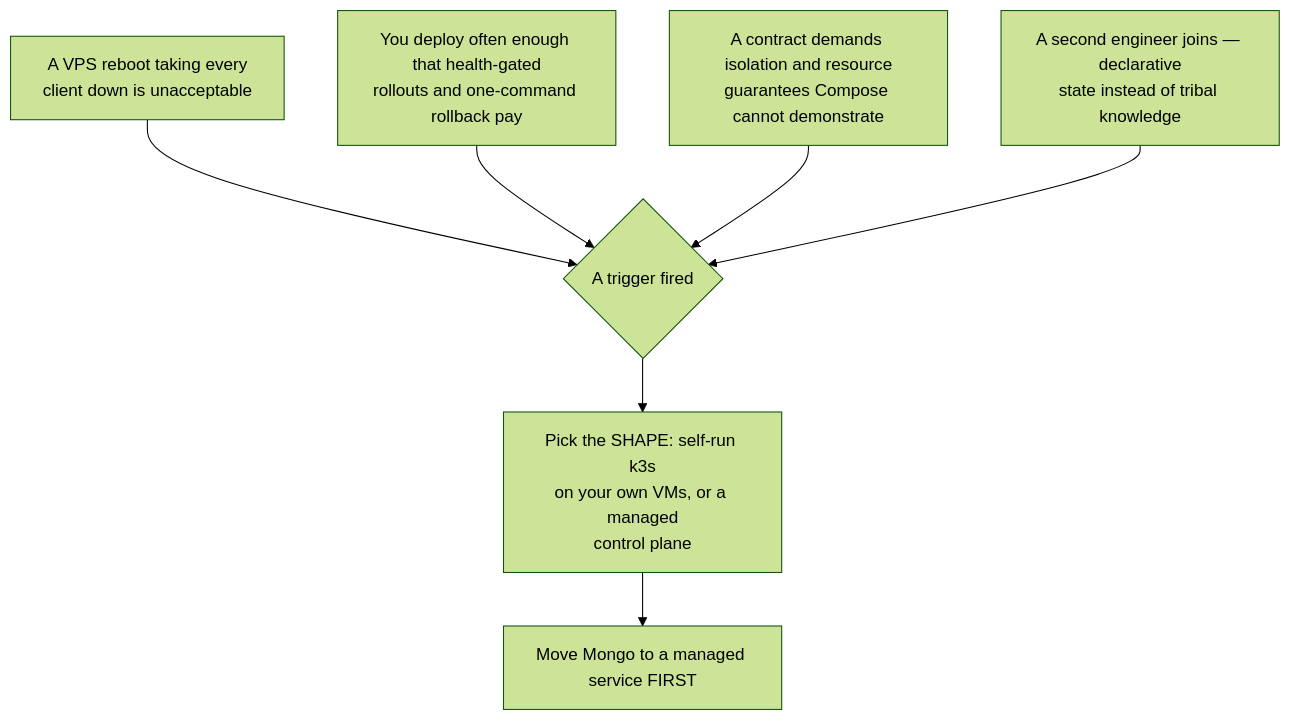
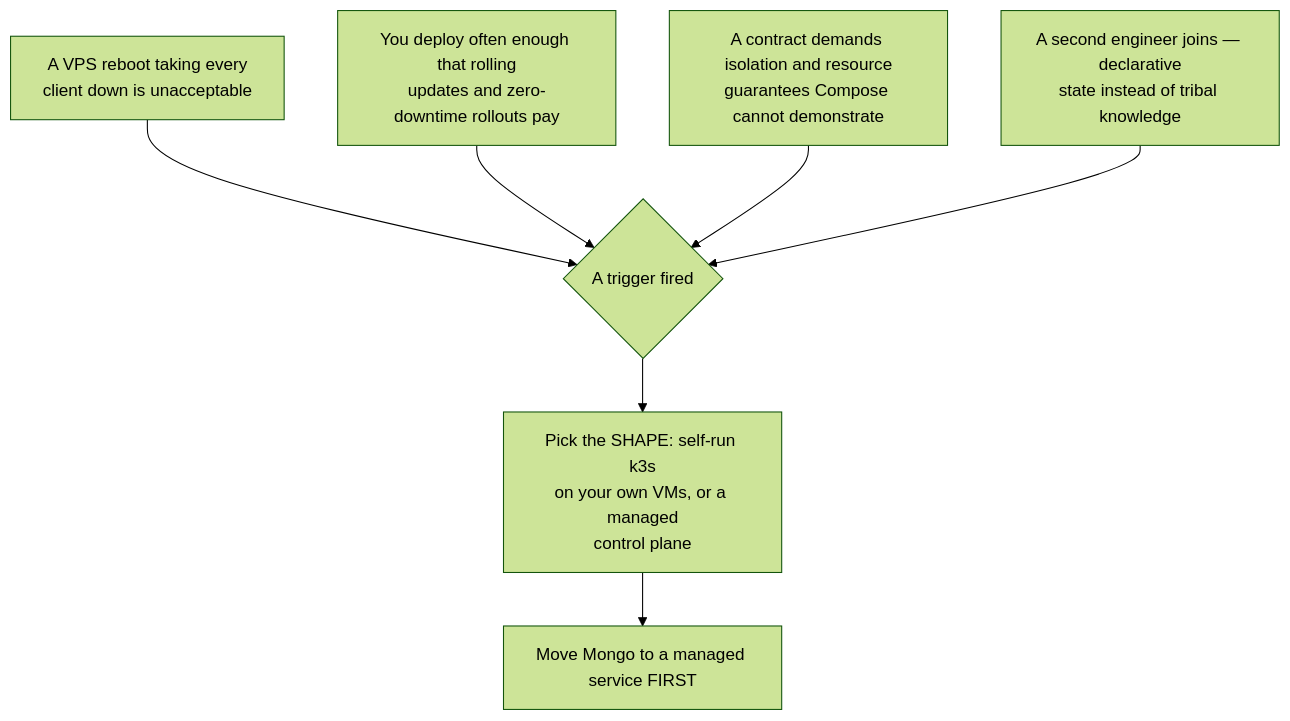
One commit to Guebbit/boilerplate-node-backend changed the third of 3 diagrams in docs/tools/two-client-stacks.md. Above: the diagram before and after it, drawn with Mermaid (forest theme). The commit also changed 13 other files, not shown here.

````diff
--- a/docs/tools/two-client-stacks.md
+++ b/docs/tools/two-client-stacks.md
@@ -197,9 +197,9 @@
 ```mermaid
 flowchart TD
     T1["A VPS reboot taking every<br/>client down is unacceptable"] --> K
-    T2["You deploy often enough that health-gated<br/>rollouts and one-command rollback pay"] --> K
+    T2["You deploy often enough that rolling<br/>updates and zero-downtime rollouts pay"] --> K
     T3["A contract demands isolation and resource<br/>guarantees Compose cannot demonstrate"] --> K
     T4["A second engineer joins — declarative<br/>state instead of tribal knowledge"] --> K
     K{"A trigger fired"} --> S["Pick the SHAPE: self-run k3s<br/>on your own VMs, or a managed<br/>control plane"]
     S --> M["Move Mongo to a managed service FIRST"]
 ```
````
